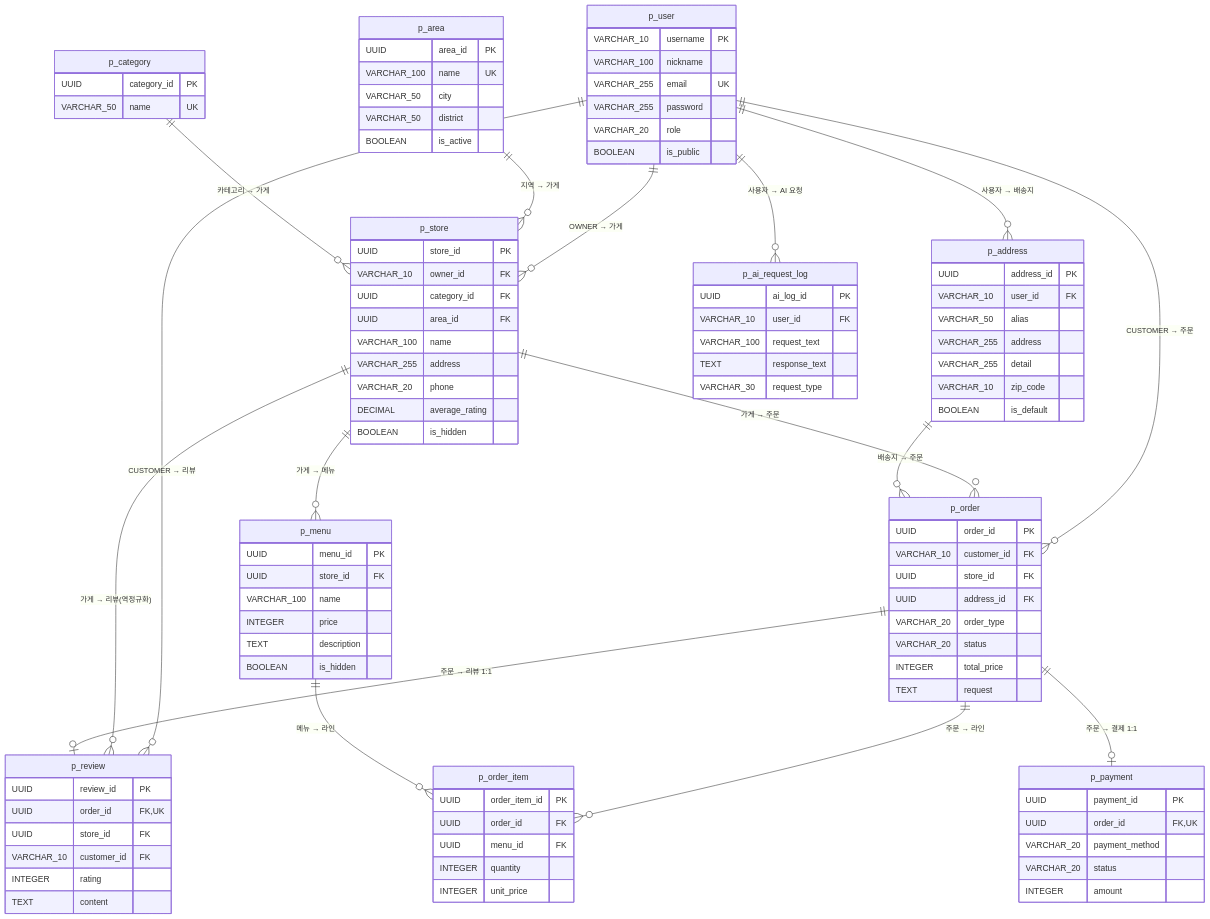
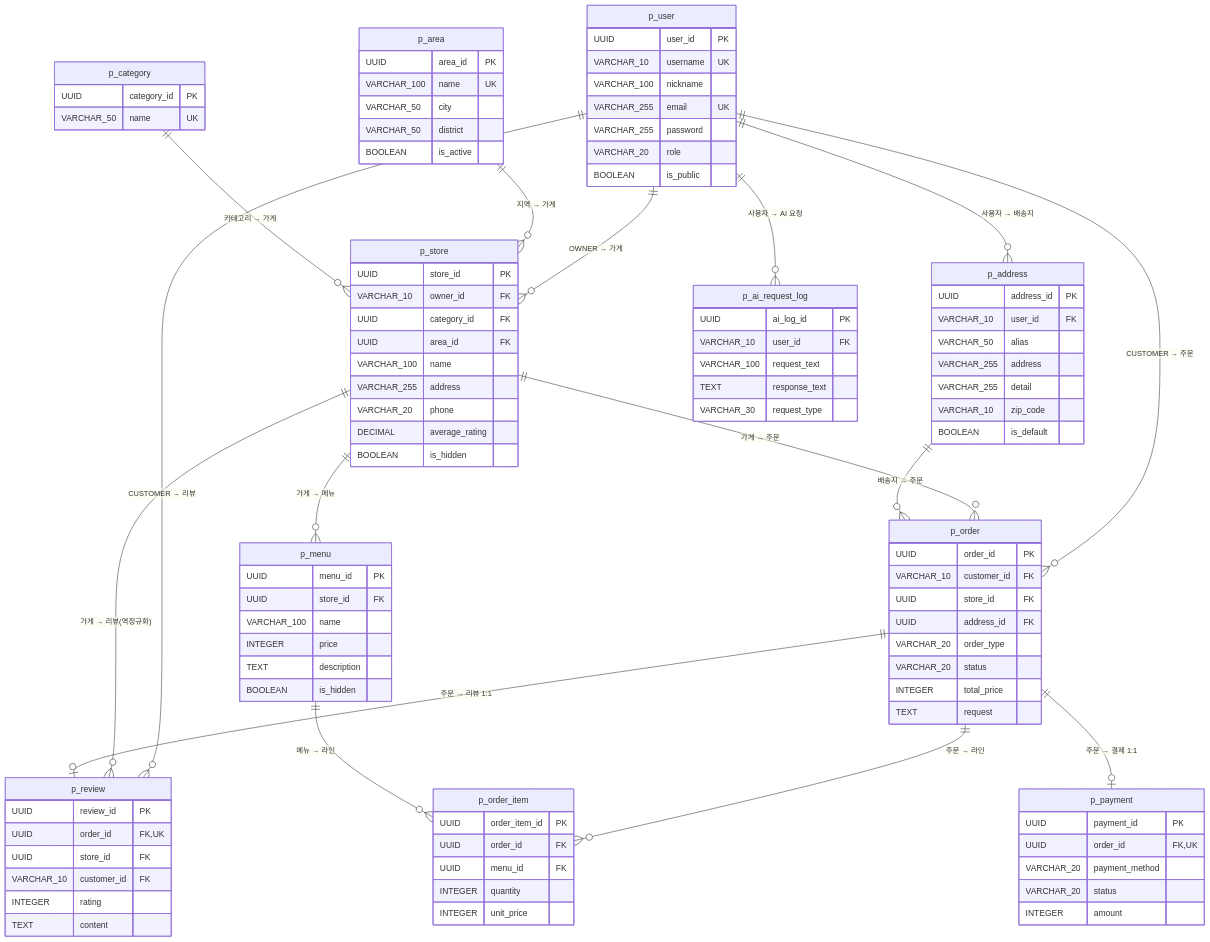
One commit to yooodleee/Sparta changed the diagram in docs/03-data-spec.md. Above: the diagram before and after it, drawn with Mermaid. The commit also changed other lines of this file and 3 other files, not shown here.

Commit message:
docs: align user spec with uuid pk (#19)

```diff
--- a/docs/03-data-spec.md
+++ b/docs/03-data-spec.md
@@ -40,7 +41,8 @@
     p_address ||--o{ p_order : "배송지 → 주문"
 
     p_user {
-      VARCHAR_10 username PK
+      UUID user_id PK
+      VARCHAR_10 username UK
       VARCHAR_100 nickname
       VARCHAR_255 email UK
       VARCHAR_255 password
```
